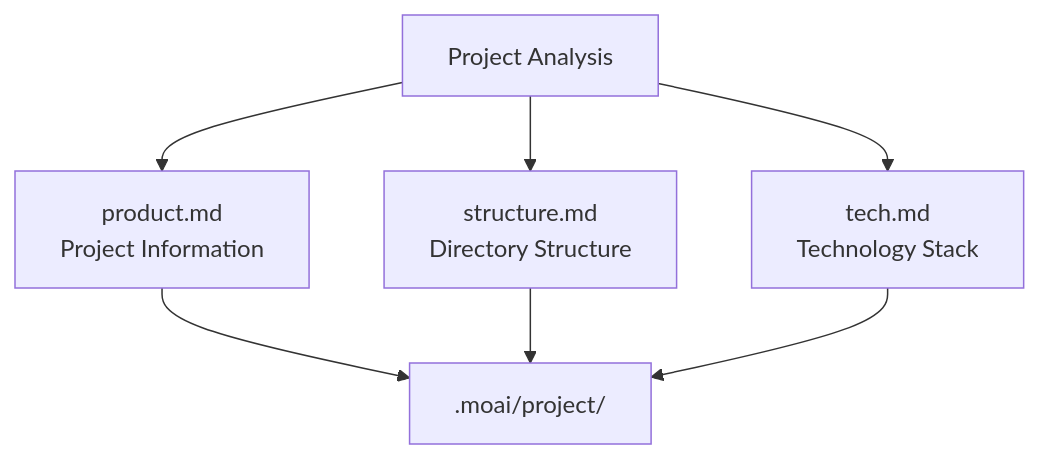
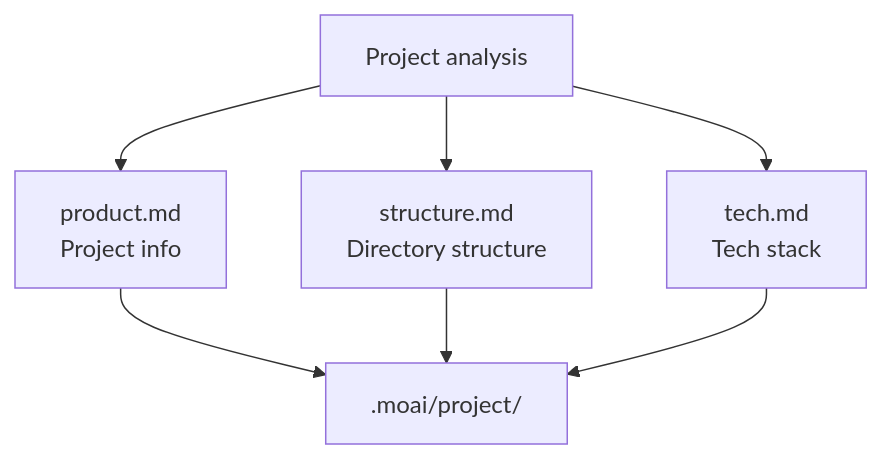
One commit to modu-ai/moai-adk changed the first of 9 diagrams in docs-site/content/en/getting-started/quickstart.md. Above: the diagram before and after it, drawn with Mermaid. The commit also changed other lines of this file and 395 other files, not shown here.

````diff
--- a/docs-site/content/en/getting-started/quickstart.md
+++ b/docs-site/content/en/getting-started/quickstart.md
@@ -45,10 +45,10 @@
 ```mermaid
 flowchart TB
-    A["Project Analysis"] --> B["product.md<br>Project Information"]
-    A --> C["structure.md<br>Directory Structure"]
-    A --> D["tech.md<br>Technology Stack"]
+    A["Project analysis"] --> B["product.md<br>Project info"]
+    A --> C["structure.md<br>Directory structure"]
+    A --> D["tech.md<br>Tech stack"]
 
     B --> E[".moai/project/"]
     C --> E
     D --> E
 ```
````
